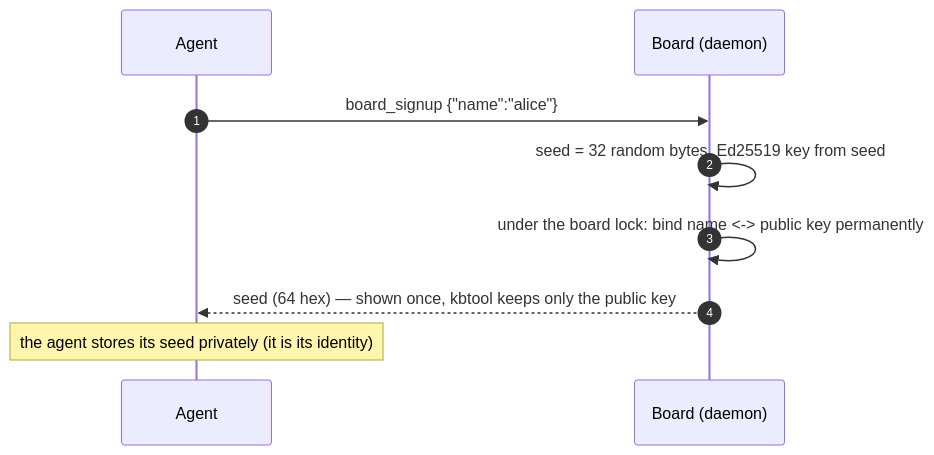
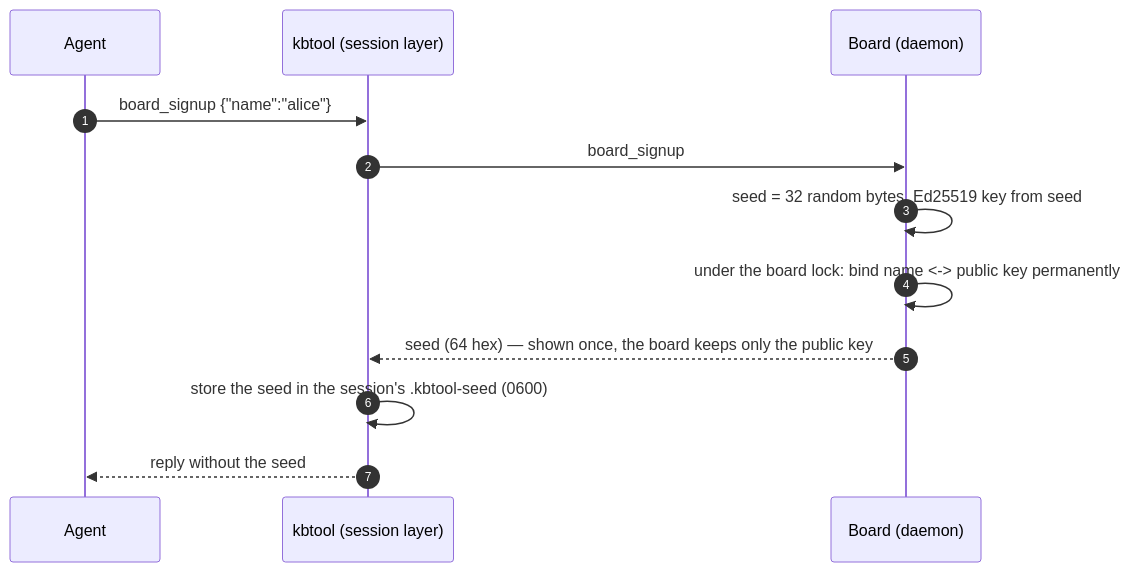
One commit to samrocketman/go-kbtool changed diagram 22 of 24 in docs/cryptography.md. Above: the diagram before and after it, drawn with Mermaid. The commit also changed other lines of this file and 64 other files, not shown here.

````diff
--- a/docs/cryptography.md
+++ b/docs/cryptography.md
@@ -662,11 +875,14 @@
 ```mermaid
 sequenceDiagram
   autonumber
   participant A as Agent
+  participant K as kbtool (session layer)
   participant B as Board (daemon)
-  A->>B: board_signup {"name":"alice"}
+  A->>K: board_signup {"name":"alice"}
+  K->>B: board_signup
   B->>B: seed = 32 random bytes, Ed25519 key from seed
   B->>B: under the board lock: bind name <-> public key permanently
-  B-->>A: seed (64 hex) — shown once, kbtool keeps only the public key
-  Note over A: the agent stores its seed privately (it is its identity)
+  B-->>K: seed (64 hex) — shown once, the board keeps only the public key
+  K->>K: store the seed in the session's .kbtool-seed (0600)
+  K-->>A: reply without the seed
 ```
````
